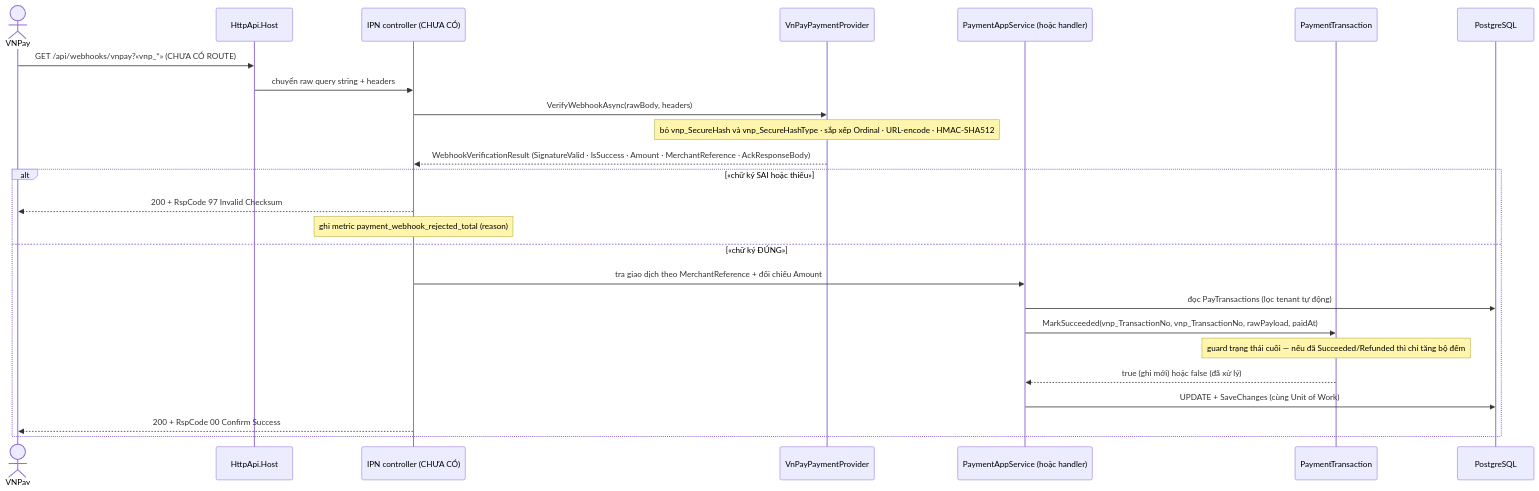
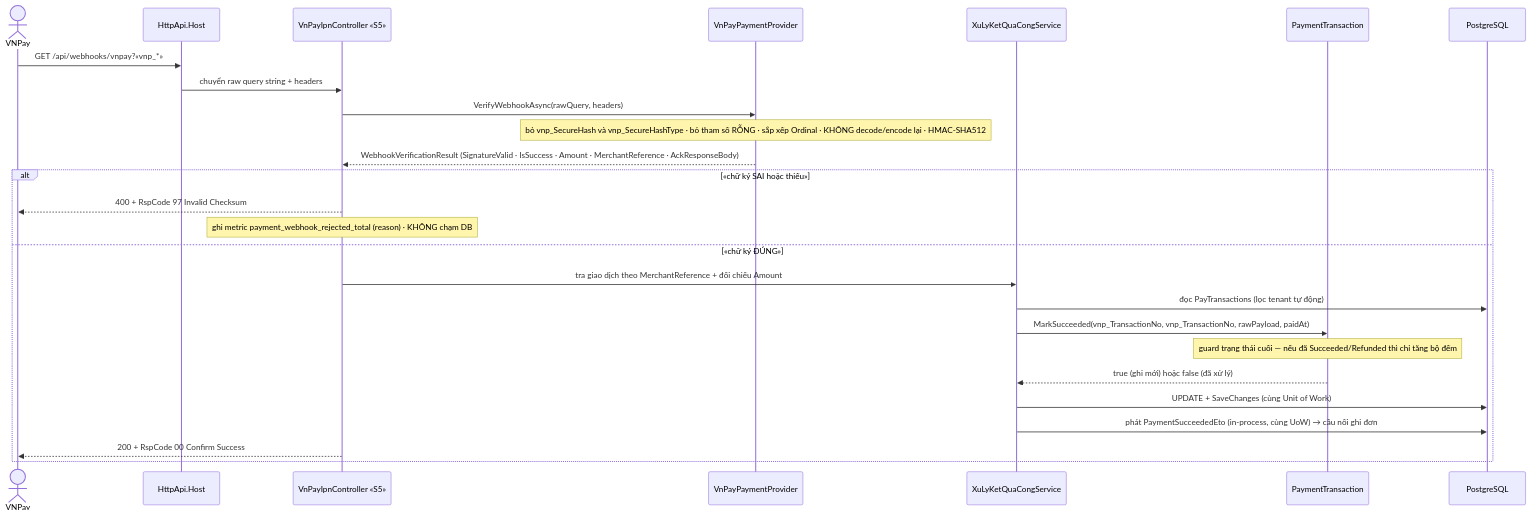
One commit to hungnt9801/eCommerce changed the third of 6 diagrams in docs/features/payment/pay-001-cong-thanh-toan-vnpay.md. Above: the diagram before and after it, drawn with Mermaid. The commit also changed other lines of this file and 36 other files, not shown here.

Commit message:
S5: PAY-001 phan B - endpoint IPN [AllowAnonymous] + HMAC that tren query tho (va F-PAY-1), bang PayRefunds + CHECK tien, PaymentRefundedEto (don sang PartiallyRefunded/Refunded), va F-PAY-7 (moi giao dich mot UoW), dong not F-PAY-9, cong 11 probe HTTP 26 ca

````diff
--- a/docs/features/payment/pay-001-cong-thanh-toan-vnpay.md
+++ b/docs/features/payment/pay-001-cong-thanh-toan-vnpay.md
@@ -340,28 +345,29 @@
 ```mermaid
 sequenceDiagram
     actor VNP as VNPay
     participant API as HttpApi.Host
-    participant CTRL as IPN controller (CHƯA CÓ)
+    participant CTRL as VnPayIpnController «S5»
     participant PRV as VnPayPaymentProvider
-    participant APP as PaymentAppService (hoặc handler)
+    participant APP as XuLyKetQuaCongService
     participant DOM as PaymentTransaction
     participant DB as PostgreSQL
 
-    VNP->>API: GET /api/webhooks/vnpay?«vnp_*» (CHƯA CÓ ROUTE)
+    VNP->>API: GET /api/webhooks/vnpay?«vnp_*»
     API->>CTRL: chuyển raw query string + headers
-    CTRL->>PRV: VerifyWebhookAsync(rawBody, headers)
-    Note over PRV: bỏ vnp_SecureHash và vnp_SecureHashType · sắp xếp Ordinal · URL-encode · HMAC-SHA512
+    CTRL->>PRV: VerifyWebhookAsync(rawQuery, headers)
+    Note over PRV: bỏ vnp_SecureHash và vnp_SecureHashType · bỏ tham số RỖNG · sắp xếp Ordinal · KHÔNG decode/encode lại · HMAC-SHA512
     PRV-->>CTRL: WebhookVerificationResult (SignatureValid · IsSuccess · Amount · MerchantReference · AckResponseBody)
     alt «chữ ký SAI hoặc thiếu»
-        CTRL-->>VNP: 200 + RspCode 97 Invalid Checksum
-        Note over CTRL: ghi metric payment_webhook_rejected_total (reason)
+        CTRL-->>VNP: 400 + RspCode 97 Invalid Checksum
+        Note over CTRL: ghi metric payment_webhook_rejected_total (reason) · KHÔNG chạm DB
     else «chữ ký ĐÚNG»
         CTRL->>APP: tra giao dịch theo MerchantReference + đối chiếu Amount
         APP->>DB: đọc PayTransactions (lọc tenant tự động)
         APP->>DOM: MarkSucceeded(vnp_TransactionNo, vnp_TransactionNo, rawPayload, paidAt)
         Note over DOM: guard trạng thái cuối — nếu đã Succeeded/Refunded thì chỉ tăng bộ đếm
         DOM-->>APP: true (ghi mới) hoặc false (đã xử lý)
         APP->>DB: UPDATE + SaveChanges (cùng Unit of Work)
+        APP->>DB: phát PaymentSucceededEto (in-process, cùng UoW) → cầu nối ghi đơn
         CTRL-->>VNP: 200 + RspCode 00 Confirm Success
     end
 ```
````
